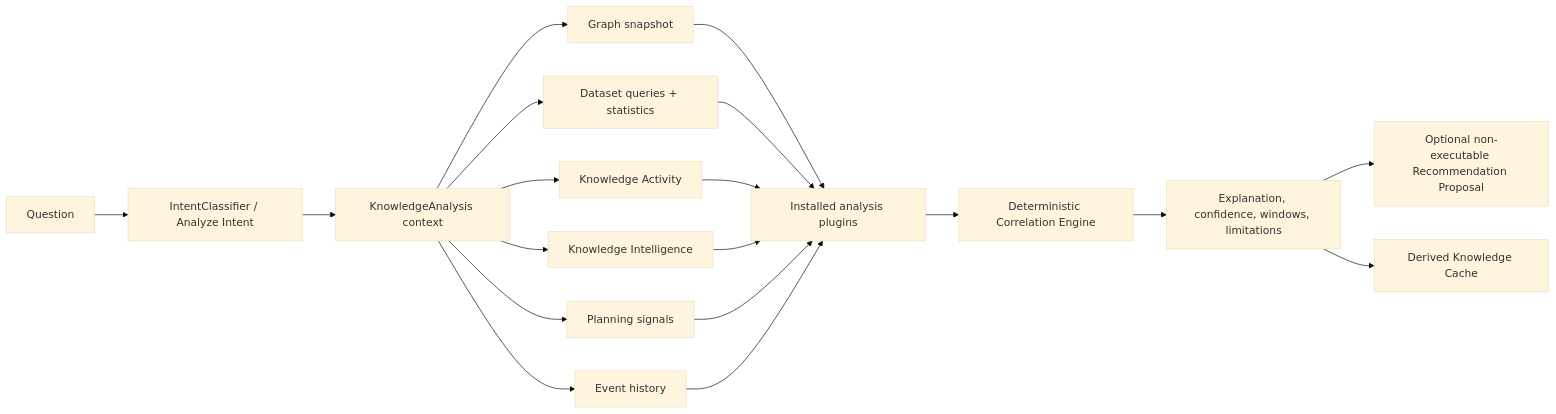
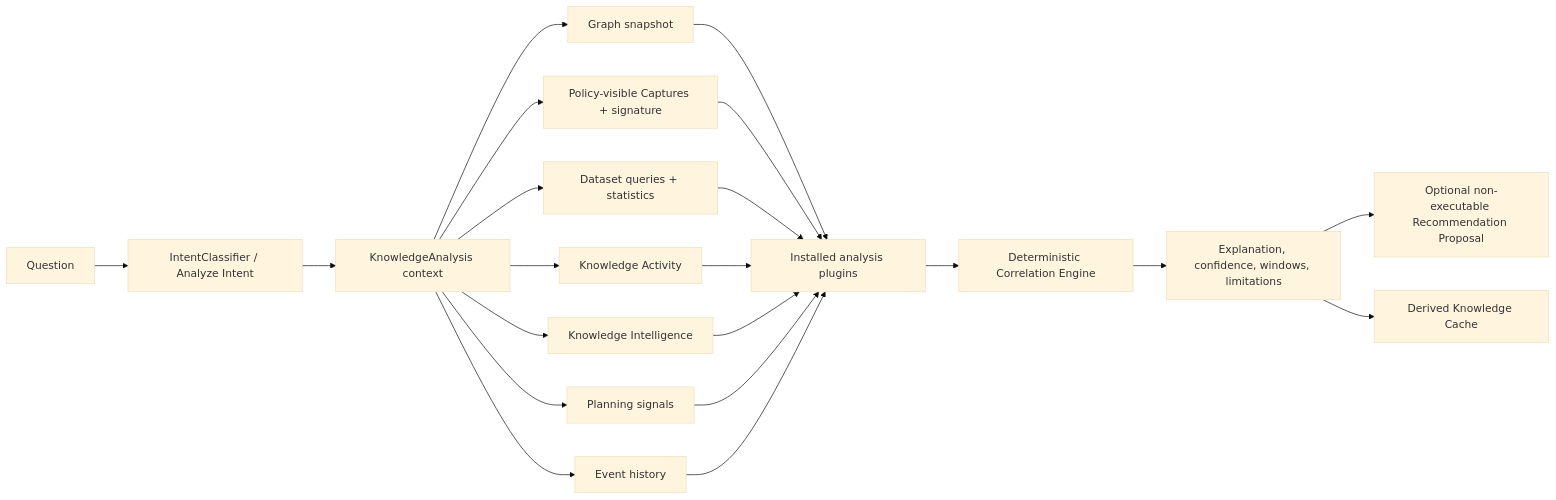
Before and after one commit to rozdol/knowledge-sdk: the fifth of 5 diagrams in docs/Architecture.md, drawn with Mermaid (base theme). The commit also changed other lines of this file and 57 other files, not shown here.

````diff
--- a/docs/Architecture.md
+++ b/docs/Architecture.md
@@ -170,21 +209,23 @@
 ```mermaid
 flowchart LR
   Q["Question"] --> IC["IntentClassifier / Analyze Intent"]
   IC --> AX["KnowledgeAnalysis context"]
   AX --> GS["Graph snapshot"]
+  AX --> CP["Policy-visible Captures + signature"]
   AX --> DS["Dataset queries + statistics"]
   AX --> KA["Knowledge Activity"]
   AX --> KI["Knowledge Intelligence"]
   AX --> PS["Planning signals"]
   AX --> EB["Event history"]
   GS --> AP["Installed analysis plugins"]
+  CP --> AP
   DS --> AP
   KA --> AP
   KI --> AP
   PS --> AP
   EB --> AP
   AP --> CE["Deterministic Correlation Engine"]
   CE --> EX["Explanation, confidence, windows, limitations"]
   EX --> RP["Optional non-executable Recommendation Proposal"]
   EX --> KC["Derived Knowledge Cache"]
 ```
````
